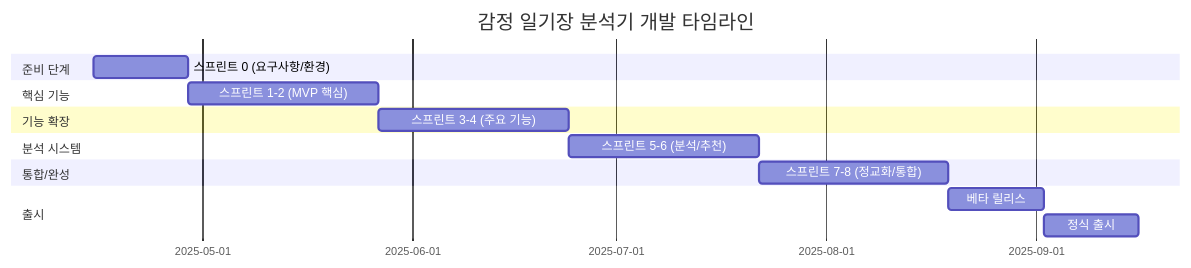
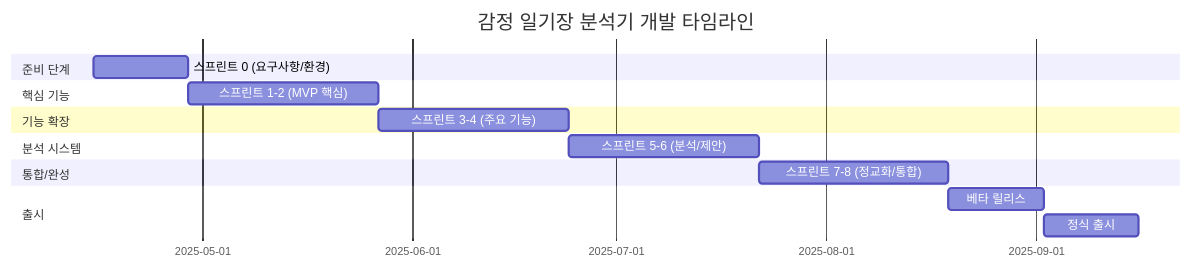
One commit to choisimo/document changed the tenth of 10 diagrams in content/archive/legacy/QnA-MarkDown/emotion_diary/ver_2/add.md. Above: the diagram before and after it, drawn with Mermaid. The commit also changed other lines of this file and 432 other files, not shown here.

````diff
--- a/content/archive/legacy/QnA-MarkDown/emotion_diary/ver_2/add.md
+++ b/content/archive/legacy/QnA-MarkDown/emotion_diary/ver_2/add.md
@@ -388,18 +388,18 @@
 ```mermaid
 gantt
     title 감정 일기장 분석기 개발 타임라인
     dateFormat  YYYY-MM-DD
     section 준비 단계
     스프린트 0 (요구사항/환경) :2025-04-15, 2w
     section 핵심 기능
     스프린트 1-2 (MVP 핵심) :2025-04-29, 4w
     section 기능 확장
     스프린트 3-4 (주요 기능) :2025-05-27, 4w
     section 분석 시스템
-    스프린트 5-6 (분석/추천) :2025-06-24, 4w
+    스프린트 5-6 (분석/제안) :2025-06-24, 4w
     section 통합/완성
     스프린트 7-8 (정교화/통합) :2025-07-22, 4w
     section 출시
     베타 릴리스 :2025-08-19, 2w
     정식 출시 :2025-09-02, 2w
 ```
````
